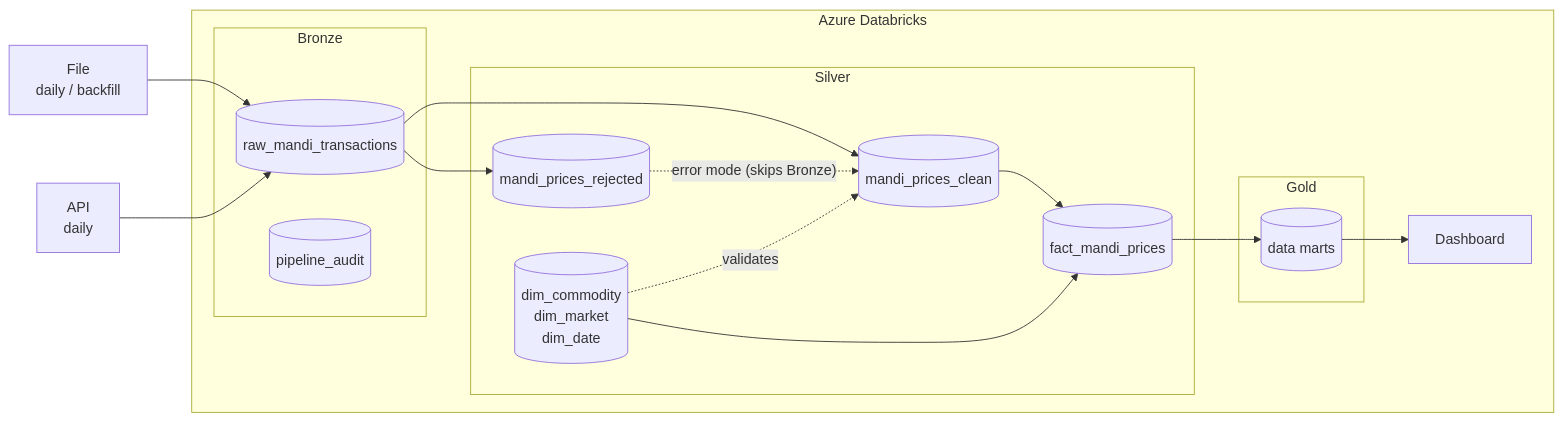
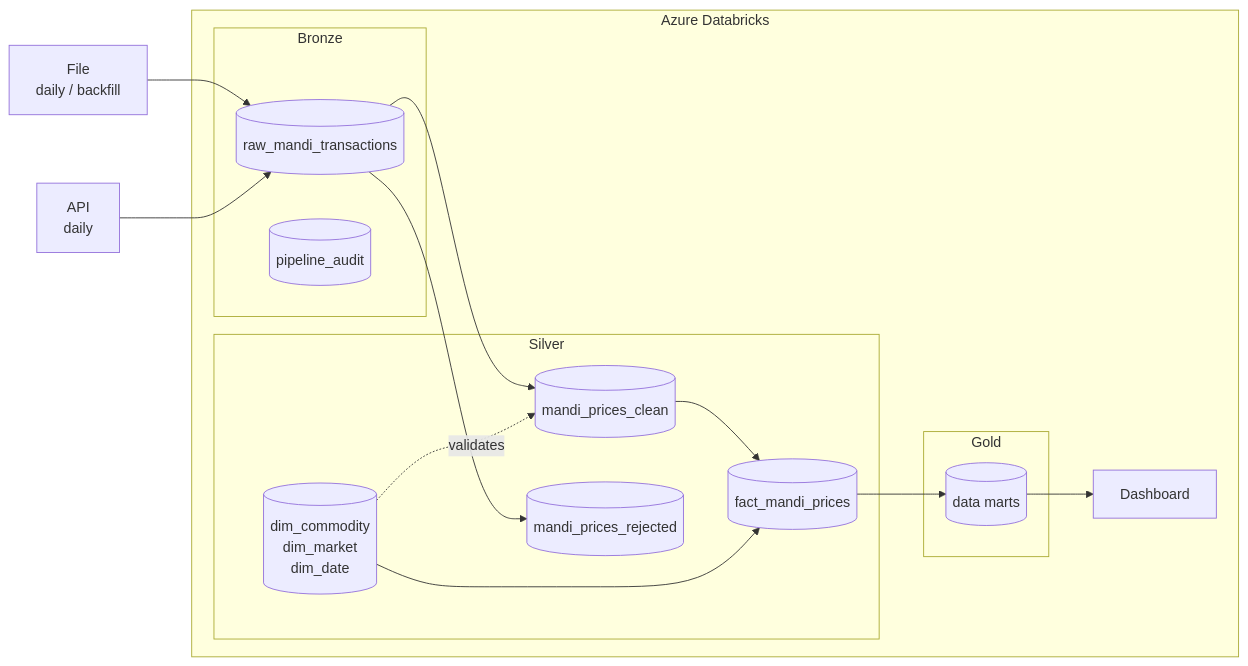
One commit to engineer-jeetdhanesha/gujarat-mandi-pipeline changed the diagram in README.md. Above: the diagram before and after it, drawn with Mermaid. The commit also changed other lines of this file and 1 other file, not shown here.

First line of the commit message:
docs: remove error-mode reprocessing and tidy the roadmap (#54)

````diff
--- a/README.md
+++ b/README.md
@@ -58,29 +58,28 @@
 ```mermaid
 flowchart LR
   FILE["File<br/>daily / backfill"] --> RAW
   API["API<br/>daily"] --> RAW
   subgraph Databricks["Azure Databricks"]
     subgraph Bronze
       RAW[("raw_mandi_transactions")]
       AUD[("pipeline_audit")]
     end
     subgraph Silver
       CLEAN[("mandi_prices_clean")]
       REJ[("mandi_prices_rejected")]
       DIMS[("dim_commodity<br/>dim_market<br/>dim_date")]
       FACT[("fact_mandi_prices")]
     end
     subgraph Gold
       MARTS[("data marts")]
     end
     DASH["Dashboard"]
   end
   RAW --> CLEAN
   RAW --> REJ
-  REJ -. "error mode (skips Bronze)" .-> CLEAN
   DIMS -. "validates" .-> CLEAN
   CLEAN --> FACT
   DIMS --> FACT
   FACT --> MARTS
   MARTS --> DASH
 ```
````
